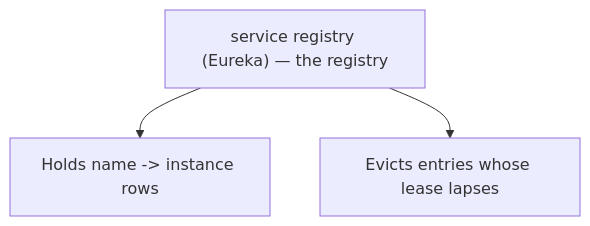
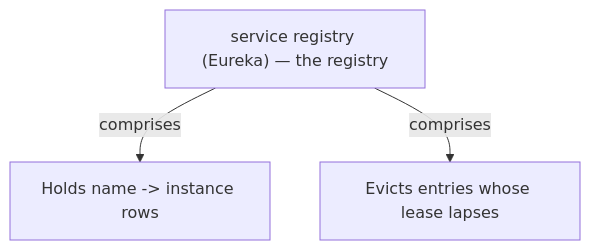
One commit to vinayakuber/microservices-io-study-guide changed the sixth of 12 diagrams in docs/ch10-self-registration.md. Above: the diagram before and after it, drawn with Mermaid. The commit also changed other lines of this file and 71 other files, not shown here.

First line of the commit message:
R18: label every diagram arrow with its meaning

````diff
--- a/docs/ch10-self-registration.md
+++ b/docs/ch10-self-registration.md
@@ -200,6 +200,6 @@
 ```mermaid
 flowchart TD
   R["service registry (Eureka) — the registry"]
-  R --> P0["Holds name -&gt; instance rows"]
-  R --> P1["Evicts entries whose lease lapses"]
+  R -->|"comprises"| P0["Holds name -&gt; instance rows"]
+  R -->|"comprises"| P1["Evicts entries whose lease lapses"]
 ```
````
